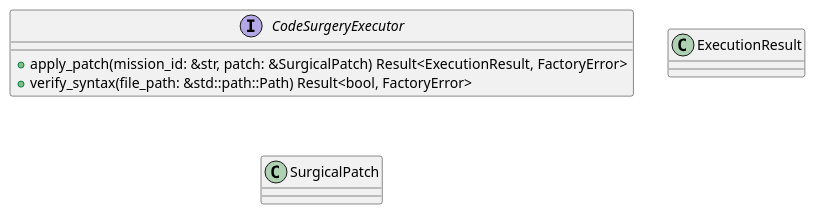
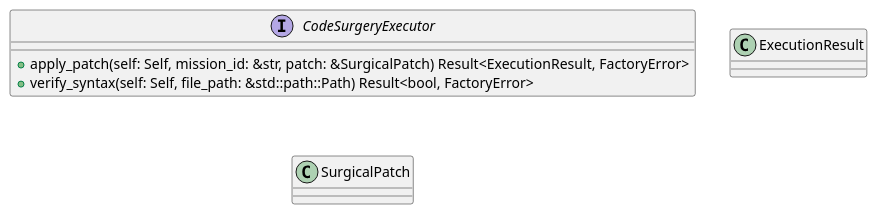
The first of 6 diagrams in openwiki/crates_factory_core_src_executor.md (lgcorzo/rust_CACD_autonomous_factory), drawn with PlantUML before and after one commit. The commit also changed other lines of this file and 95 other files, not shown here.

````diff
--- a/openwiki/crates_factory_core_src_executor.md
+++ b/openwiki/crates_factory_core_src_executor.md
@@ -178,13 +180,13 @@
 ```plantuml
 @startuml
 interface CodeSurgeryExecutor {
-    +apply_patch(mission_id: &str, patch: &SurgicalPatch) Result<ExecutionResult, FactoryError>
-    +verify_syntax(file_path: &std::path::Path) Result<bool, FactoryError>
+    +apply_patch(self: Self, mission_id: &str, patch: &SurgicalPatch) Result<ExecutionResult, FactoryError>
+    +verify_syntax(self: Self, file_path: &std::path::Path) Result<bool, FactoryError>
 }
 class ExecutionResult {
 }
 class SurgicalPatch {
 }
 @enduml
 
 ```
````
